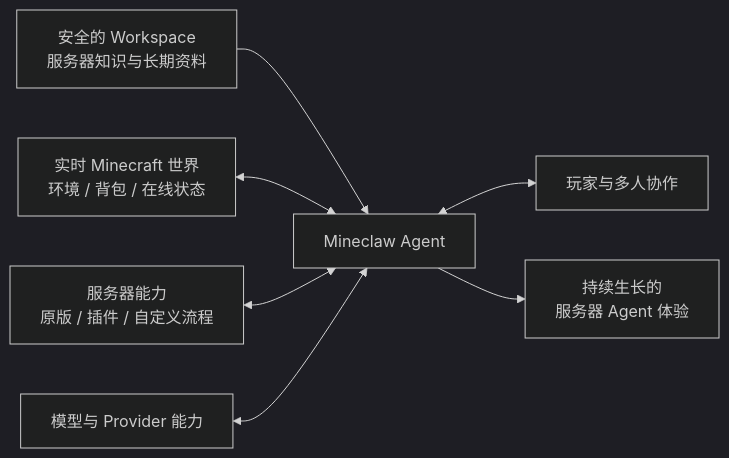
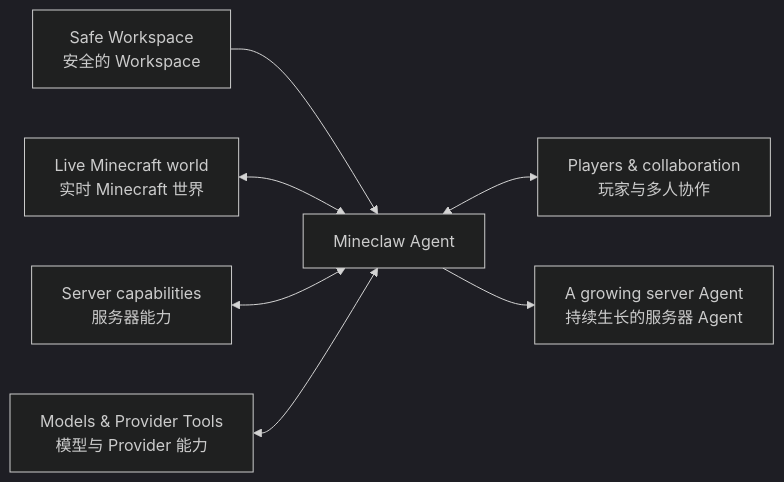
Before and after one commit to kites262/mineclaw: the diagram in README.md, drawn with Mermaid (dark theme). The commit also changed other lines of this file, not shown here.

````diff
--- a/README.md
+++ b/README.md
@@ -93,9 +152,9 @@
 ```mermaid
 flowchart LR
-    A["Mineclaw Agent"] <--> P["玩家与多人协作"]
-    W["安全的 Workspace<br/>服务器知识与长期资料"] --> A
-    G["实时 Minecraft 世界<br/>环境 / 背包 / 在线状态"] <--> A
-    E["服务器能力<br/>原版 / 插件 / 自定义流程"] <--> A
-    M["模型与 Provider 能力"] <--> A
-    A --> X["持续生长的<br/>服务器 Agent 体验"]
+    A["Mineclaw Agent"] <--> P["Players & collaboration<br/>玩家与多人协作"]
+    W["Safe Workspace<br/>安全的 Workspace"] --> A
+    G["Live Minecraft world<br/>实时 Minecraft 世界"] <--> A
+    E["Server capabilities<br/>服务器能力"] <--> A
+    M["Models & Provider Tools<br/>模型与 Provider 能力"] <--> A
+    A --> X["A growing server Agent<br/>持续生长的服务器 Agent"]
 ```
````
